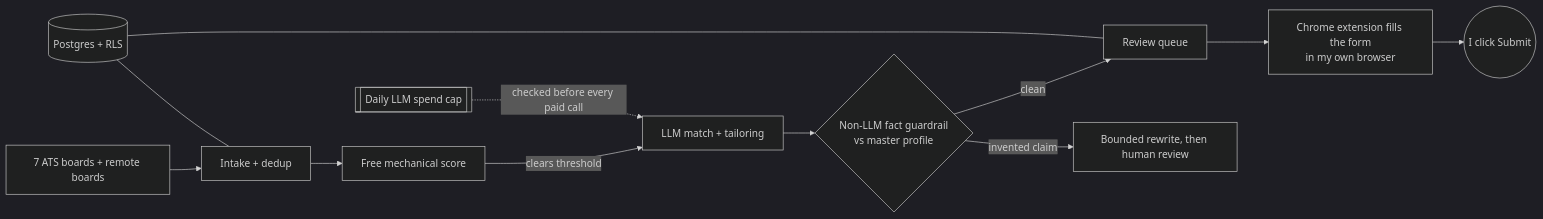
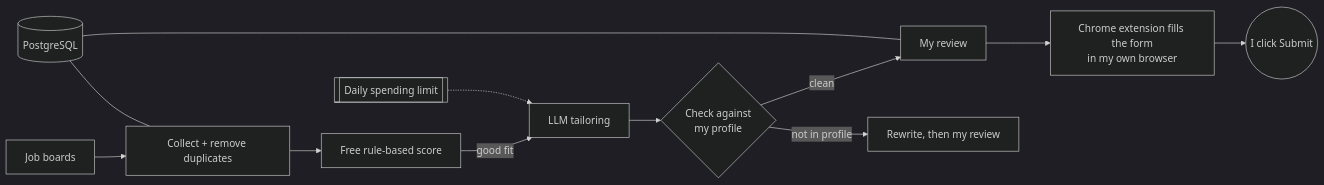
The diagram in README.md (Deshraj-Jogiya/Deshraj-Jogiya), drawn with Mermaid (dark theme) before and after one commit. The commit also changed other lines of this file, not shown here.

Commit message:
Reword the profile README in plainer, more respectful language

````diff
--- a/README.md
+++ b/README.md
@@ -35,13 +35,13 @@
 ```mermaid
 flowchart LR
-    B[7 ATS boards + remote boards] --> I[Intake + dedup]
-    I --> S[Free mechanical score]
-    S -- clears threshold --> L[LLM match + tailoring]
-    L --> G{Non-LLM fact guardrail<br/>vs master profile}
-    G -- clean --> Q[Review queue]
-    G -- invented claim --> R[Bounded rewrite, then human review]
+    B[Job boards] --> I[Collect + remove duplicates]
+    I --> S[Free rule-based score]
+    S -- good fit --> L[LLM tailoring]
+    L --> G{Check against<br/>my profile}
+    G -- clean --> Q[My review]
+    G -- not in profile --> R[Rewrite, then my review]
     Q --> X[Chrome extension fills the form<br/>in my own browser]
     X --> H((I click Submit))
-    C[(Postgres + RLS)] --- I & Q
-    K[[Daily LLM spend cap]] -. checked before every paid call .-> L
+    C[(PostgreSQL)] --- I & Q
+    K[[Daily spending limit]] -.-> L
 ```
````
